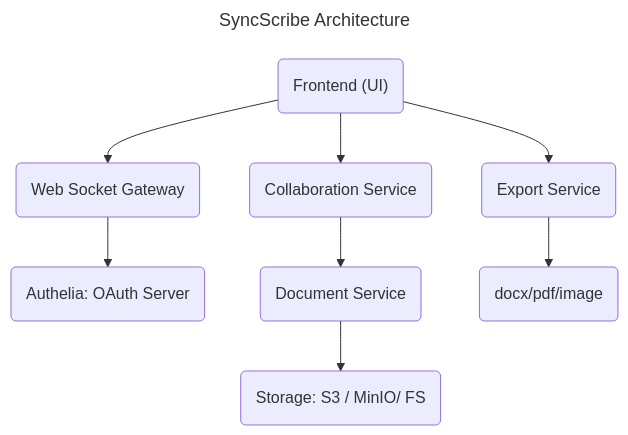
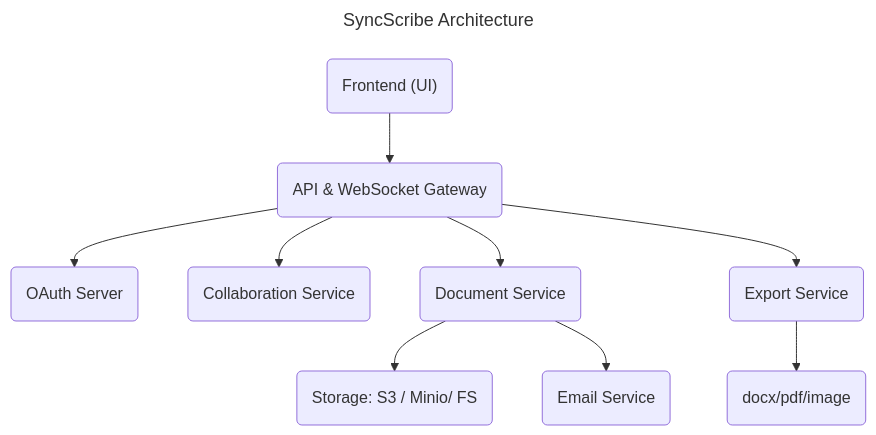
The diagram in ARCHITECTURE.md (syncscribe/syncscribe), drawn with Mermaid before and after one commit. The commit also changed 33 other files, not shown here.

````diff
--- a/ARCHITECTURE.md
+++ b/ARCHITECTURE.md
@@ -2,14 +2,15 @@
 ```mermaid
 ---
 title: SyncScribe Architecture
 ---
 flowchart TD
-frontend("Frontend (UI)") --> websocket("Web Socket Gateway")
-frontend --> collaboration("Collaboration Service")
-frontend --> exporter("Export Service")
-websocket --> authelia("Authelia: OAuth Server")
-collaboration --> document("Document Service")
-document --> storage("Storage: S3 / MinIO/ FS")
-exporter --> doctype("docx/pdf/image")
+    frontend("Frontend (UI)") --> gateway("API & WebSocket Gateway")
+    gateway --> oauth("OAuth Server")
+    gateway --> collaboration("Collaboration Service")
+    document --> storage("Storage: S3 / Minio/ FS")
+    document --> email("Email Service")
+    gateway --> document("Document Service")
+    gateway --> exporter("Export Service")
+    exporter --> doctype("docx/pdf/image")
 
 ```
````
